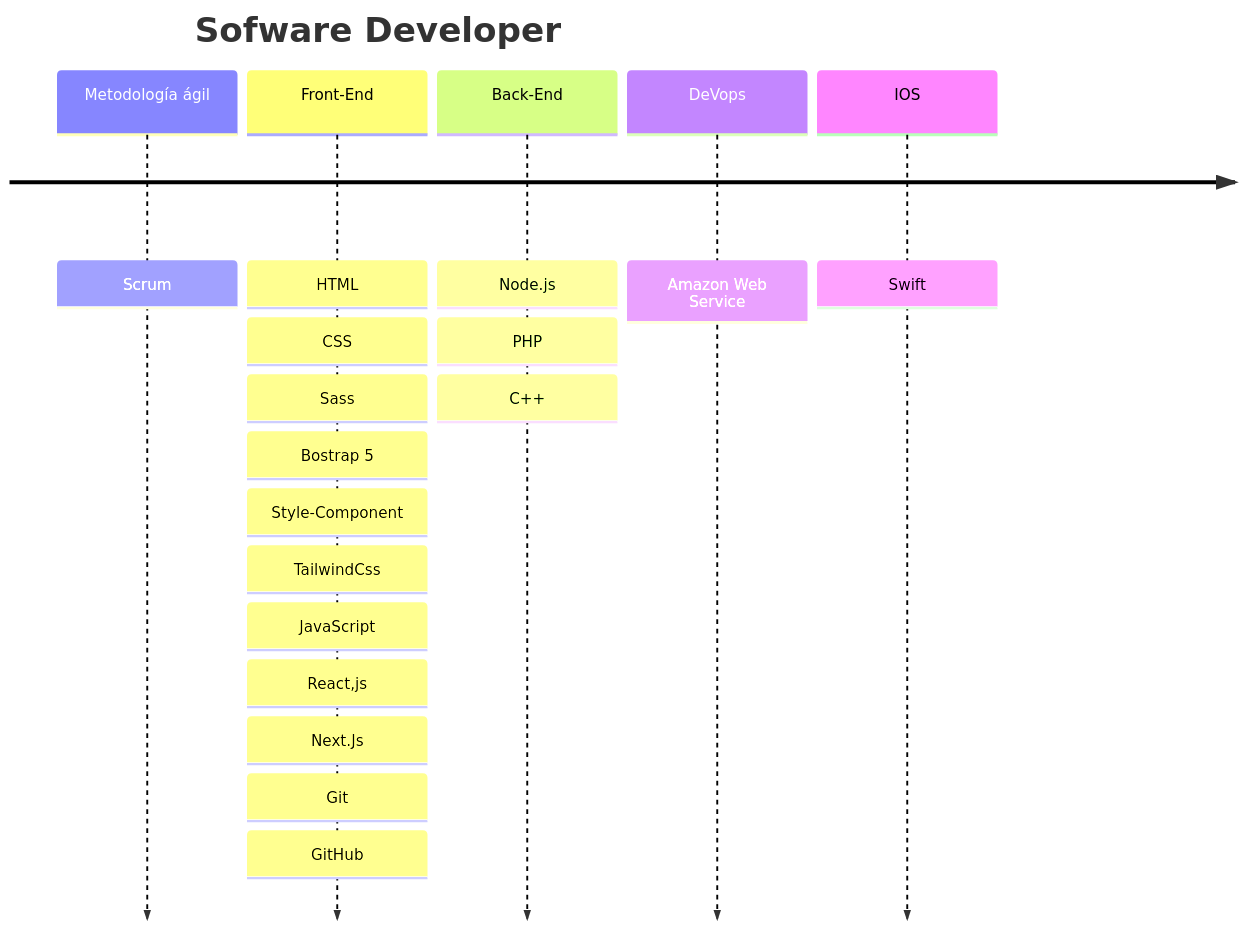
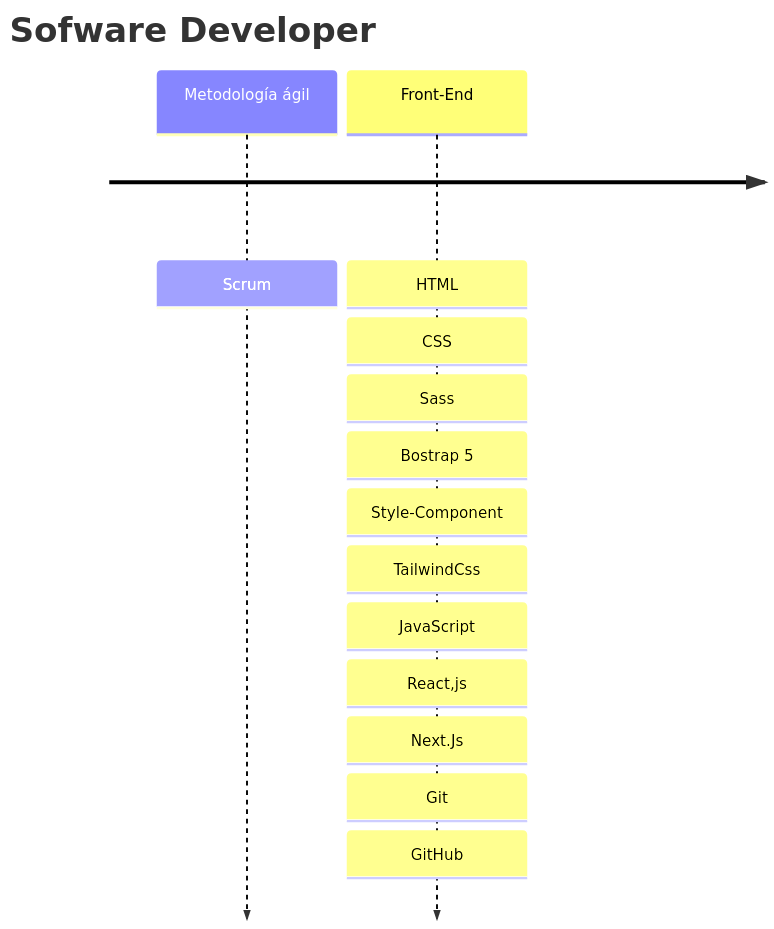
Before and after one commit to Marttify/Aguilar1998: the diagram in README.md, drawn with Mermaid. The commit also changed other lines of this file, not shown here.

````diff
--- a/README.md
+++ b/README.md
@@ -9,9 +9,6 @@
 ``` mermaid
 timeline
    title Sofware Developer
    Metodología ágil:  Scrum 
    Front-End : HTML: CSS: Sass: Bostrap 5: Style-Component: TailwindCss: JavaScript: React,js: Next.Js: Git: GitHub 
-   Back-End : Node.js : PHP : C++
-   DeVops: Amazon Web Service
-   IOS: Swift
 ```
````
